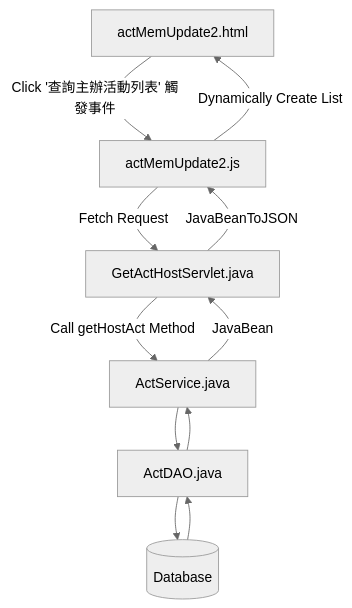
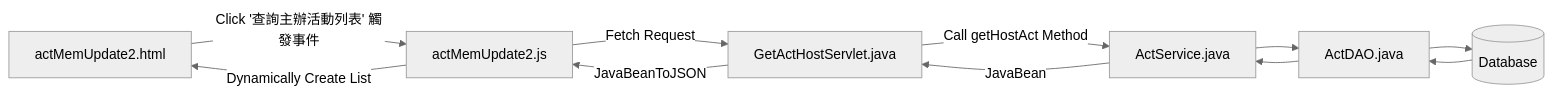
The sixth of 15 diagrams in README.md (TLexYuW/CGA103G1OwnPart), drawn with Mermaid (neutral theme) before and after one commit. The commit also changed other lines of this file and 2 other files, not shown here.

````diff
--- a/README.md
+++ b/README.md
@@ -96,7 +97,7 @@
 ```mermaid
-flowchart
+flowchart LR
 	aMU2html[actMemUpdate2.html] -->|Click '查詢主辦活動列表' 觸發事件| aMU2js[actMemUpdate2.js] 
 	-->|Fetch Request| GAHS[GetActHostServlet.java]
 	-->|Call getHostAct Method| AS[ActService.java] --> AD[ActDAO.java] --> DB[(Database)]
 	DB --> AD --> AS -->|JavaBean| GAHS -->|JavaBeanToJSON| aMU2js -->|Dynamically Create List| aMU2html
 ```
````
